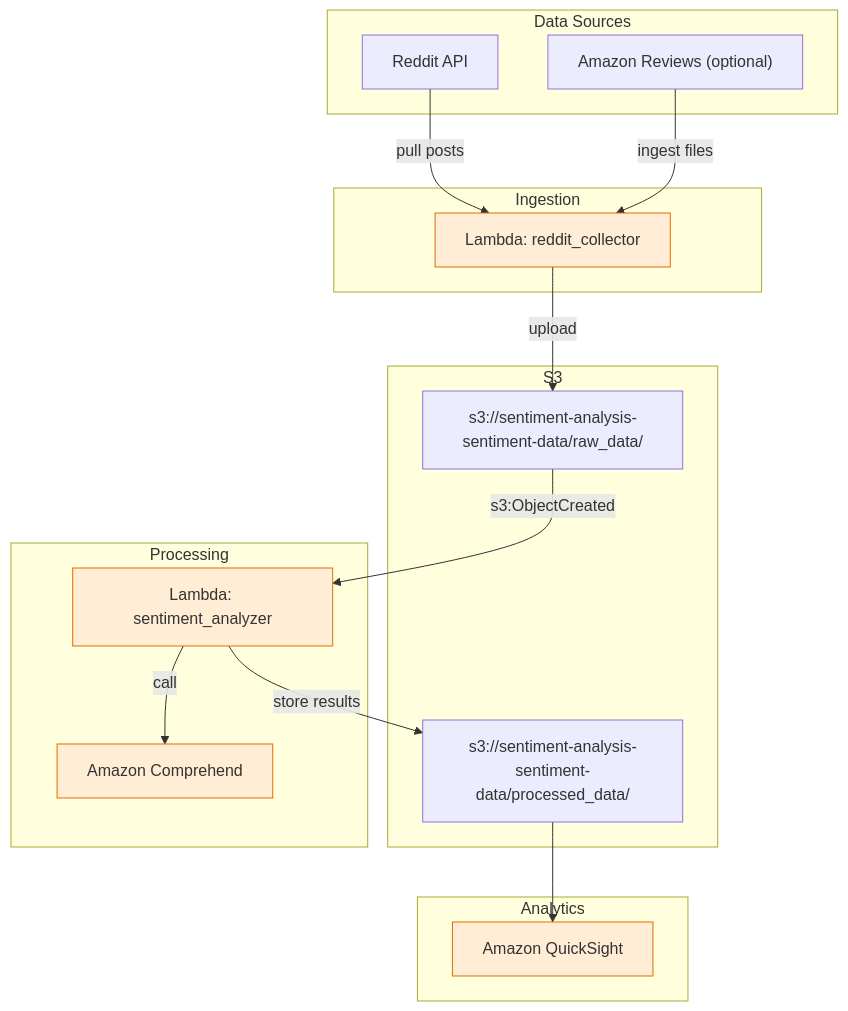
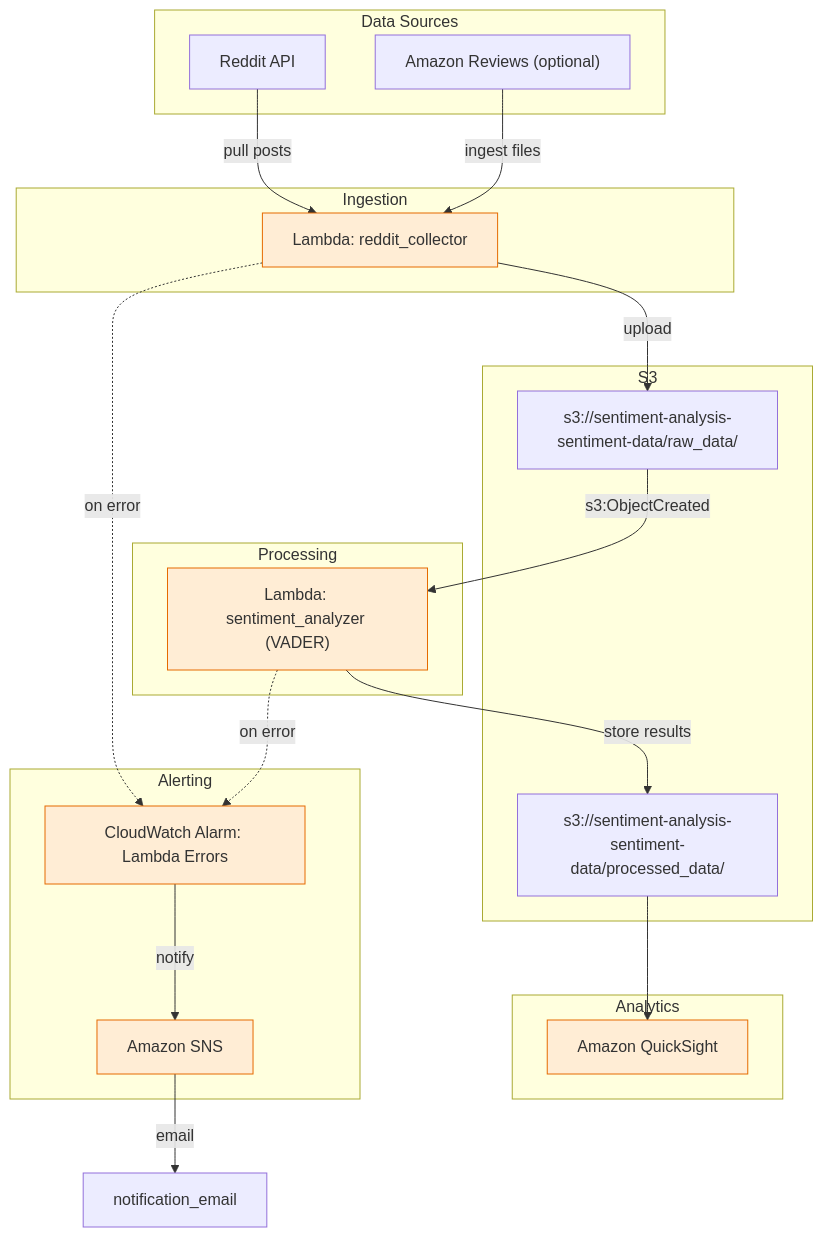
One commit to dhamsey3/aws-sentiment-analyzer changed the diagram in README.md. Above: the diagram before and after it, drawn with Mermaid. The commit also changed other lines of this file and 2038 other files, not shown here.

First line of the commit message:
Fix fake sentiment labeling, remove vendored deps, add alerting and IaC hardening

````diff
--- a/README.md
+++ b/README.md
@@ -94,36 +97,43 @@
 ```mermaid
 flowchart TD
 	subgraph DataSources[Data Sources]
 		Reddit["Reddit API"]
 		Reviews["Amazon Reviews (optional)"]
 	end
 
 	subgraph Ingestion[Ingestion]
 		RC[Lambda: reddit_collector]
 	end
 
 	subgraph Storage[S3]
 		RawBucket["s3://sentiment-analysis-sentiment-data/raw_data/"]
 		ProcessedBucket["s3://sentiment-analysis-sentiment-data/processed_data/"]
 	end
 
 	subgraph Processing[Processing]
-		SA[Lambda: sentiment_analyzer]
-		Comprehend[Amazon Comprehend]
+		SA["Lambda: sentiment_analyzer (VADER)"]
 	end
 
 	subgraph Analytics[Analytics]
 		QuickSight[Amazon QuickSight]
 	end
 
+	subgraph Alerting[Alerting]
+		Alarm[CloudWatch Alarm: Lambda Errors]
+		SNS[Amazon SNS]
+	end
+
 	Reddit -->|pull posts| RC
 	Reviews -->|ingest files| RC
 	RC -->|upload| RawBucket
 	RawBucket -->|s3:ObjectCreated| SA
-	SA -->|call| Comprehend
 	SA -->|store results| ProcessedBucket
 	ProcessedBucket --> QuickSight
+	RC -.->|on error| Alarm
+	SA -.->|on error| Alarm
+	Alarm -->|notify| SNS
+	SNS -->|email| Notify["notification_email"]
 
 	classDef awsService fill:#FFEDD5,stroke:#E66A00,stroke-width:1px;
-	class RC,SA,Comprehend,QuickSight awsService;
+	class RC,SA,QuickSight,Alarm,SNS awsService;
 ```
````
